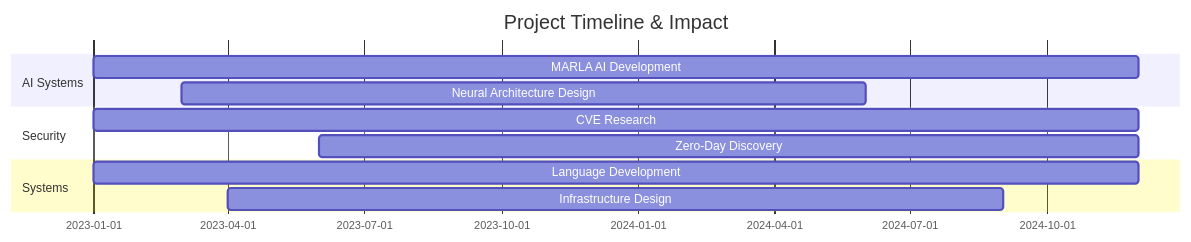
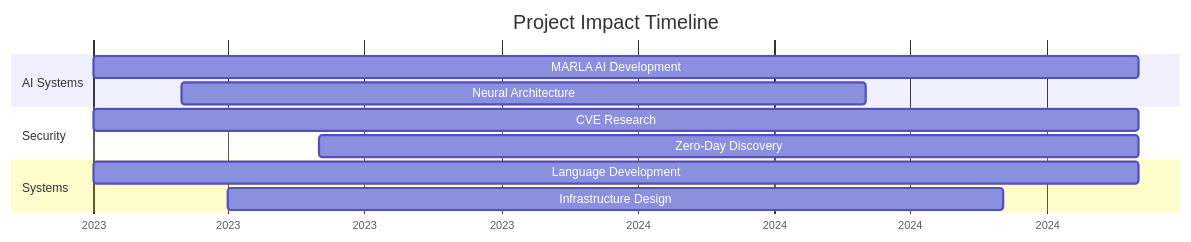
The diagram in README.md (dragonboe/dragonboe), drawn with Mermaid before and after one commit. The commit also changed other lines of this file, not shown here.

````diff
--- a/README.md
+++ b/README.md
@@ -66,14 +73,15 @@
 ```mermaid
 gantt
-    title Project Timeline & Impact
+    title Project Impact Timeline
     dateFormat  YYYY-MM
+    axisFormat  %Y
     section AI Systems
     MARLA AI Development     :2023-01, 2024-12
-    Neural Architecture Design:2023-03, 2024-06
+    Neural Architecture      :2023-03, 2024-06
     section Security
-    CVE Research            :2023-01, 2024-12
-    Zero-Day Discovery      :2023-06, 2024-12
+    CVE Research             :2023-01, 2024-12
+    Zero-Day Discovery       :2023-06, 2024-12
     section Systems
-    Language Development    :2023-01, 2024-12
-    Infrastructure Design   :2023-04, 2024-09
+    Language Development     :2023-01, 2024-12
+    Infrastructure Design    :2023-04, 2024-09
 ```
````
